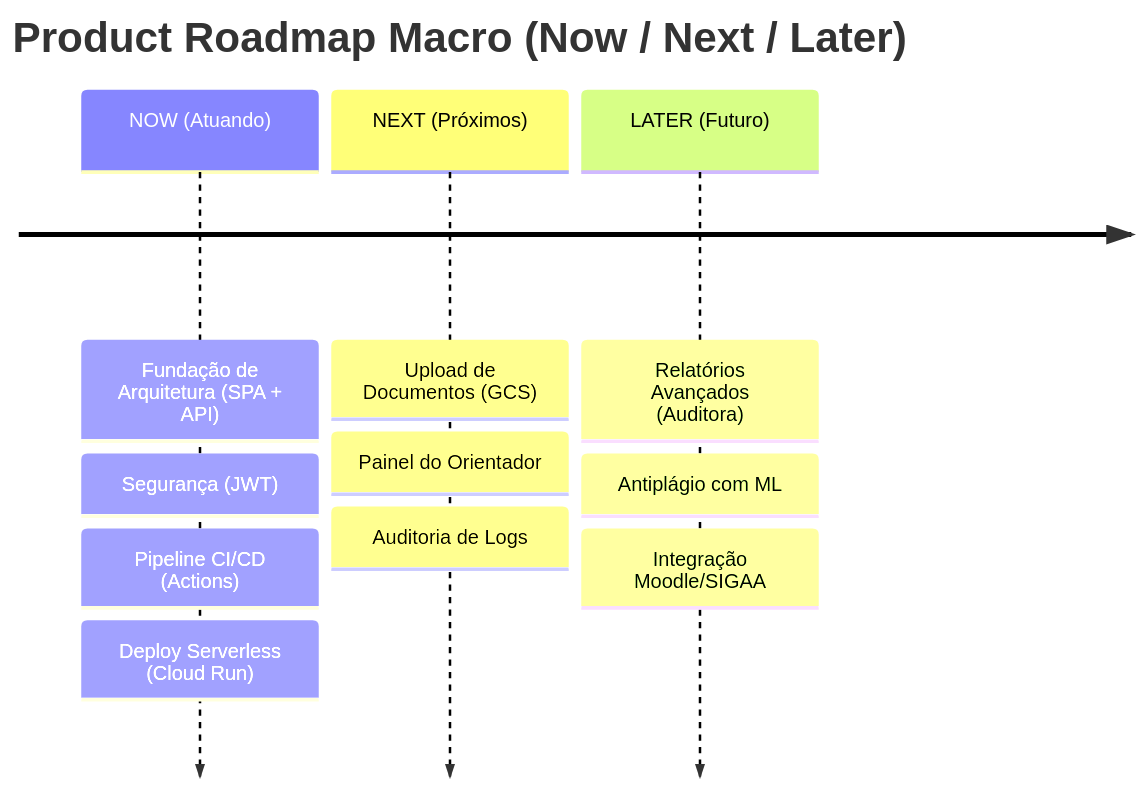
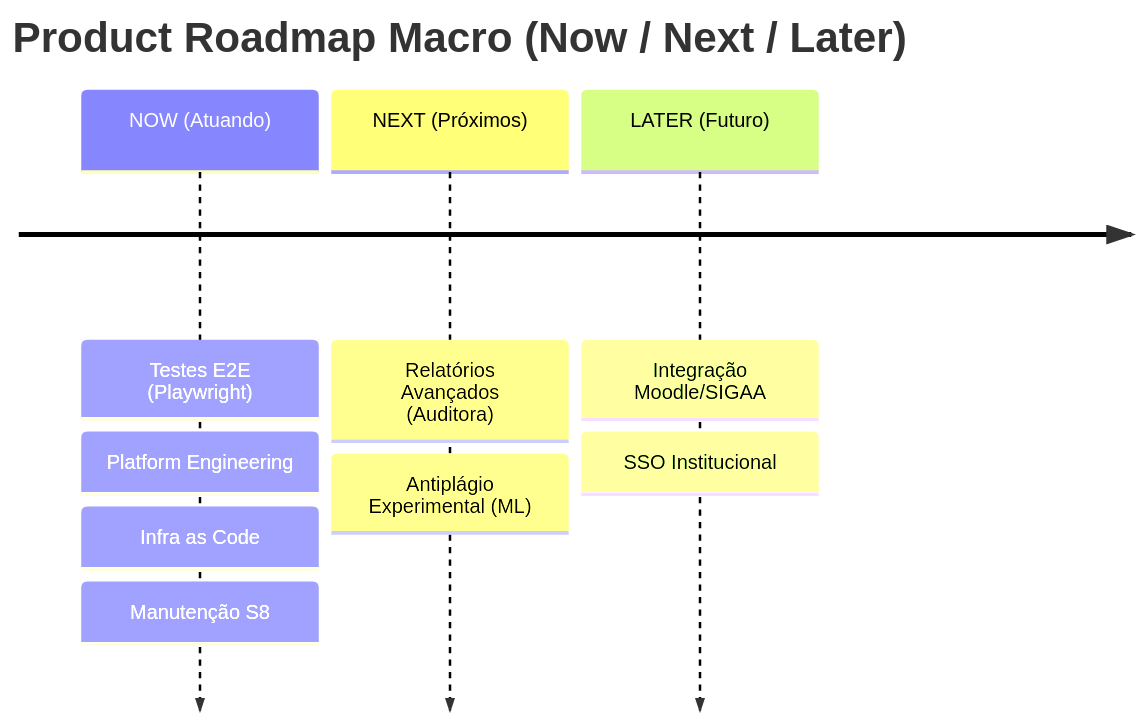
One commit to pedrohpsantos/EdTech changed the diagram in docs/gestao/planejamento/roadmap.md. Above: the diagram before and after it, drawn with Mermaid. The commit also changed other lines of this file and 8 other files, not shown here.

````diff
--- a/docs/gestao/planejamento/roadmap.md
+++ b/docs/gestao/planejamento/roadmap.md
@@ -11,7 +11,7 @@
 ```mermaid
 timeline
     title Product Roadmap Macro (Now / Next / Later)
-    NOW (Atuando) : Fundação de Arquitetura (SPA + API) : Segurança (JWT) : Pipeline CI/CD (Actions) : Deploy Serverless (Cloud Run)
-    NEXT (Próximos) : Upload de Documentos (GCS) : Painel do Orientador : Auditoria de Logs
-    LATER (Futuro) : Relatórios Avançados (Auditora) : Antiplágio com ML : Integração Moodle/SIGAA
+    NOW (Atuando) : Testes E2E (Playwright) : Platform Engineering : Infra as Code : Manutenção S8
+    NEXT (Próximos) : Relatórios Avançados (Auditora) : Antiplágio Experimental (ML)
+    LATER (Futuro) : Integração Moodle/SIGAA : SSO Institucional
 ```
````
